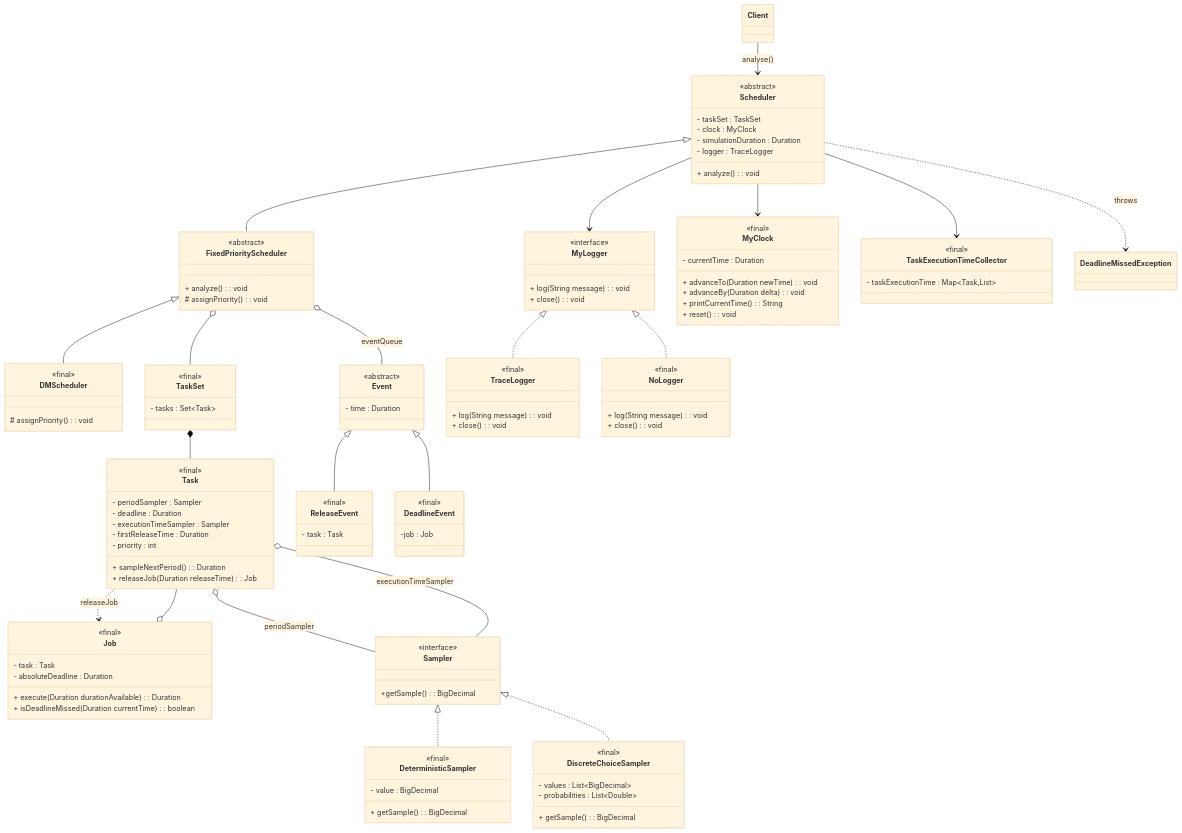
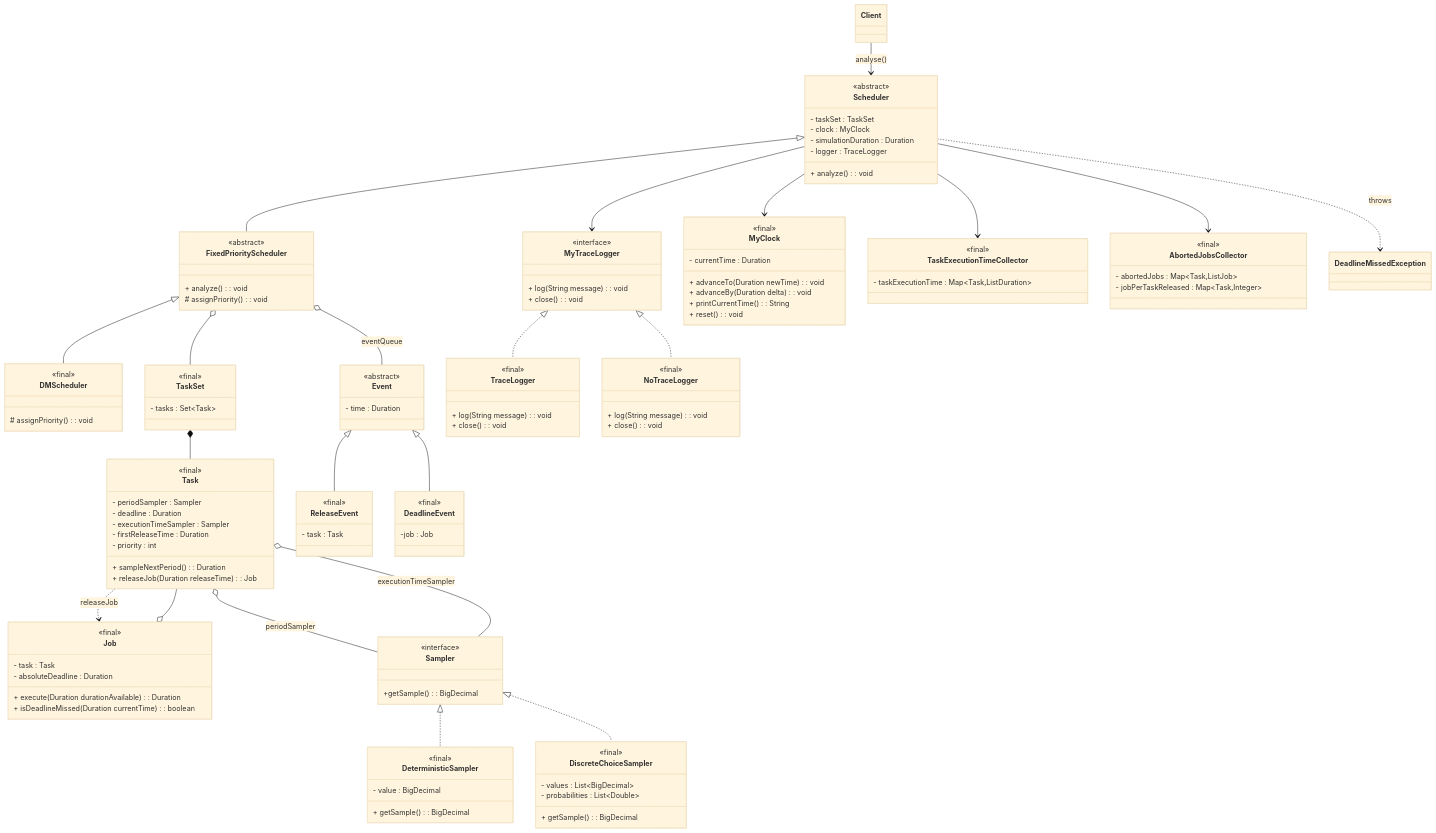
One commit to edoardosarri24/probabilistic-soft-real-time-analysis changed the diagram in report/images/1-simulator/class_diagram.mmd. Above: the diagram before and after it, drawn with Mermaid (base theme). The commit also changed 18 other files, not shown here.

Commit message:
aborted job handled

```diff
--- a/report/images/1-simulator/class_diagram.mmd
+++ b/report/images/1-simulator/class_diagram.mmd
@@ -1,144 +1,150 @@
 classDiagram
 
     %% Scheduler
     class Scheduler {
         <<abstract>>
         - taskSet : TaskSet
         - clock : MyClock
         - simulationDuration : Duration
         - logger : TraceLogger
         + analyze() : void
     }
 
     class FixedPriorityScheduler {
         <<abstract>>
         + analyze() : void
         # assignPriority() : void
     }
 
     class DMScheduler {
         <<final>>
         # assignPriority() : void
     }
 
     %% TaskSet
     class TaskSet {
         <<final>>
         - tasks : Set~Task~
     }
 
     class Task {
         <<final>>
         - periodSampler : Sampler
         - deadline : Duration
         - executionTimeSampler : Sampler
         - firstReleaseTime : Duration
         - priority : int
         + sampleNextPeriod() : Duration
         + releaseJob(Duration releaseTime) : Job
     }
 
     class Job {
         <<final>>
         - task : Task
         - absoluteDeadline : Duration
         + execute(Duration durationAvailable) : Duration
         + isDeadlineMissed(Duration currentTime) : boolean
     }
 
     %% Event
     class Event {
         <<abstract>>
         - time : Duration
     }
 
     class ReleaseEvent {
         <<final>>
         - task : Task
     }
 
     class DeadlineEvent {
         <<final>>
         -job : Job
     }
 
     %% Logger
-    class MyLogger {
+    class MyTraceLogger {
         <<interface>>
         + log(String message) : void
         + close() : void
     }
 
     class TraceLogger {
         <<final>>
         + log(String message) : void
         + close() : void
     }
 
-    class NoLogger {
+    class NoTraceLogger {
         <<final>>
         + log(String message) : void
         + close() : void
     }
 
     %% Sampler
     class Sampler {
         <<interface>>
         +getSample() : BigDecimal
     }
 
     class DeterministicSampler {
         <<final>>
         - value : BigDecimal
         + getSample() : BigDecimal
     }
 
     class DiscreteChoiceSampler {
         <<final>>
         - values : List~BigDecimal~
         - probabilities : List~Double~
         + getSample() : BigDecimal
     }
 
     %% Utils
     class MyClock {
         <<final>>
         - currentTime : Duration
         + advanceTo(Duration newTime) : void
         + advanceBy(Duration delta) : void
         + printCurrentTime() : String
         + reset() : void
     }
 
     class TaskExecutionTimeCollector{
         <<final>>
-        - taskExecutionTime : Map~Task,List~
+        - taskExecutionTime : Map~Task,ListDuration~
+    }
+
+    class AbortedJobsCollector{
+        <<final>>
+        - abortedJobs : Map~Task,ListJob~
+        - jobPerTaskReleased : Map~Task,Integer~
     }
 
     %% Relationships
     Client --> Scheduler : analyse()
     %% Scheduler
     Scheduler <|-- FixedPriorityScheduler
     FixedPriorityScheduler <|-- DMScheduler
     Scheduler --> MyClock
-    Scheduler --> MyLogger
+    Scheduler --> MyTraceLogger
     Scheduler --> TaskExecutionTimeCollector
+    Scheduler --> AbortedJobsCollector
     FixedPriorityScheduler o-- TaskSet
     FixedPriorityScheduler o-- Event : eventQueue
     Scheduler ..> DeadlineMissedException : throws
     %% TaskSet
     TaskSet *-- Task
     Job o-- Task
     Task o-- Sampler : periodSampler
     Task o-- Sampler : executionTimeSampler
     Task ..> Job : releaseJob
     %% Event
     Event <|-- ReleaseEvent
     Event <|-- DeadlineEvent
     %% Logger
-    MyLogger <|.. TraceLogger
-    MyLogger <|.. NoLogger
-
+    MyTraceLogger <|.. TraceLogger
+    MyTraceLogger <|.. NoTraceLogger
     %% Sampler
     Sampler <|.. DeterministicSampler
     Sampler <|.. DiscreteChoiceSampler
```
